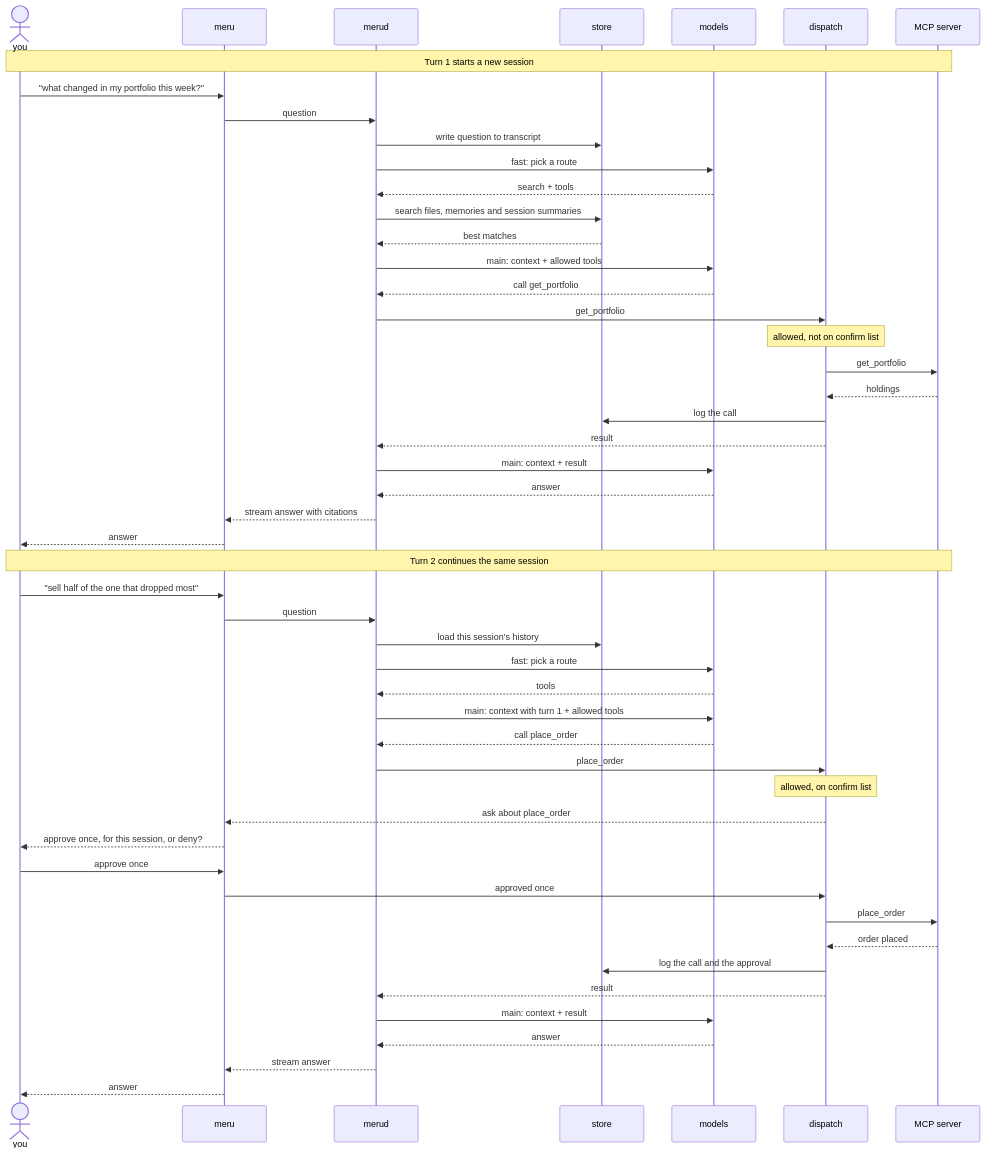
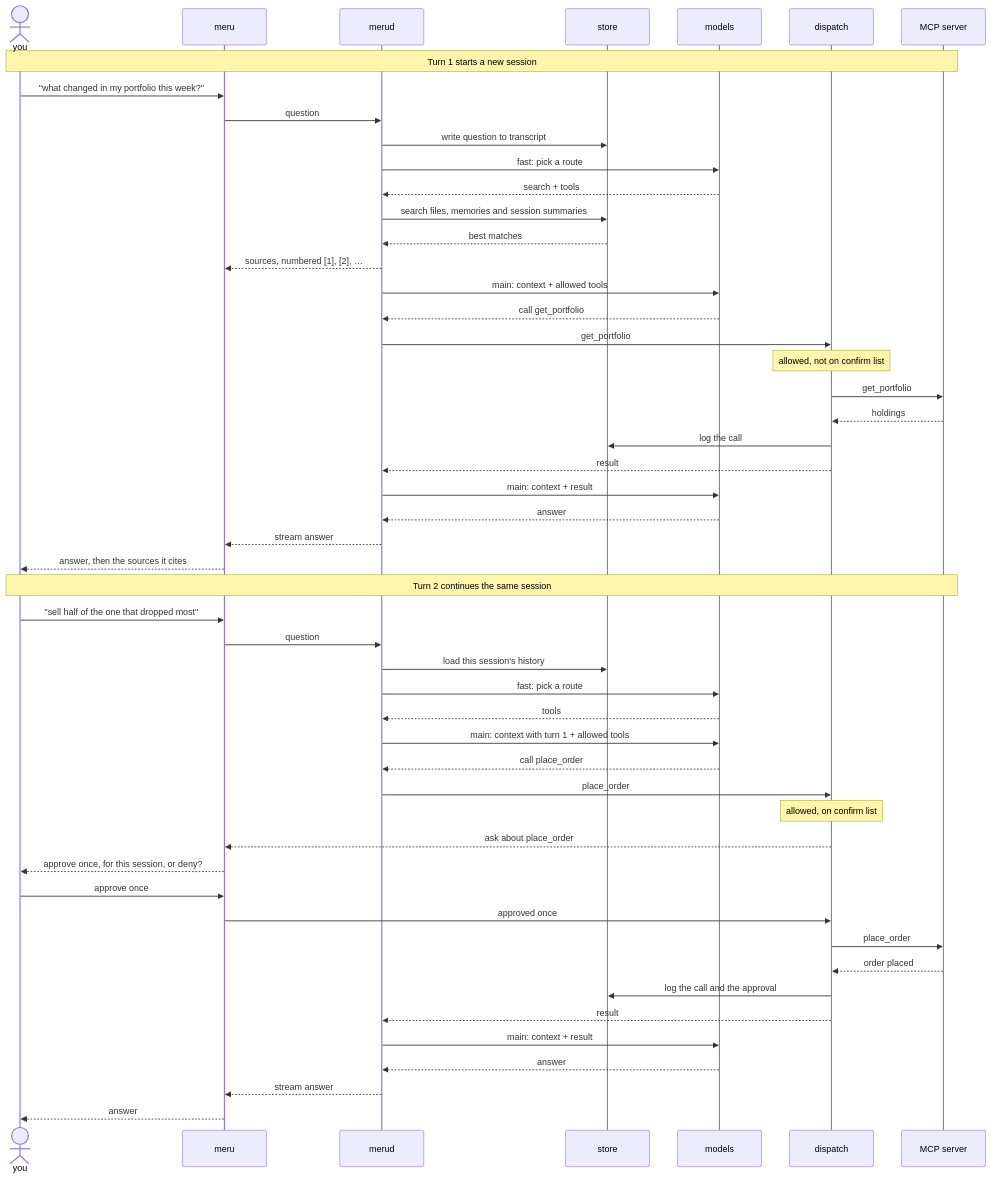
The second of 5 diagrams in docs/architecture/200.md (aarora79/meru), drawn with Mermaid before and after one commit. The commit also changed other lines of this file and 20 other files, not shown here.

````diff
--- a/docs/architecture/200.md
+++ b/docs/architecture/200.md
@@ -105,54 +107,55 @@
 ```mermaid
 sequenceDiagram
     actor U as you
     participant C as meru
     participant L as merud
     participant S as store
     participant M as models
     participant D as dispatch
     participant T as MCP server
 
     Note over U,T: Turn 1 starts a new session
     U->>C: "what changed in my portfolio this week?"
     C->>L: question
     L->>S: write question to transcript
     L->>M: fast: pick a route
     M-->>L: search + tools
     L->>S: search files, memories and session summaries
     S-->>L: best matches
+    L-->>C: sources, numbered [1], [2], …
     L->>M: main: context + allowed tools
     M-->>L: call get_portfolio
     L->>D: get_portfolio
     Note over D: allowed, not on confirm list
     D->>T: get_portfolio
     T-->>D: holdings
     D->>S: log the call
     D-->>L: result
     L->>M: main: context + result
     M-->>L: answer
-    L-->>C: stream answer with citations
-    C-->>U: answer
+    L-->>C: stream answer
+    C-->>U: answer, then the sources it cites
 
     Note over U,T: Turn 2 continues the same session
     U->>C: "sell half of the one that dropped most"
     C->>L: question
     L->>S: load this session's history
     L->>M: fast: pick a route
     M-->>L: tools
     L->>M: main: context with turn 1 + allowed tools
     M-->>L: call place_order
     L->>D: place_order
     Note over D: allowed, on confirm list
     D-->>C: ask about place_order
     C-->>U: approve once, for this session, or deny?
     U->>C: approve once
     C->>D: approved once
     D->>T: place_order
     T-->>D: order placed
     D->>S: log the call and the approval
     D-->>L: result
     L->>M: main: context + result
     M-->>L: answer
     L-->>C: stream answer
     C-->>U: answer
 ```
````
